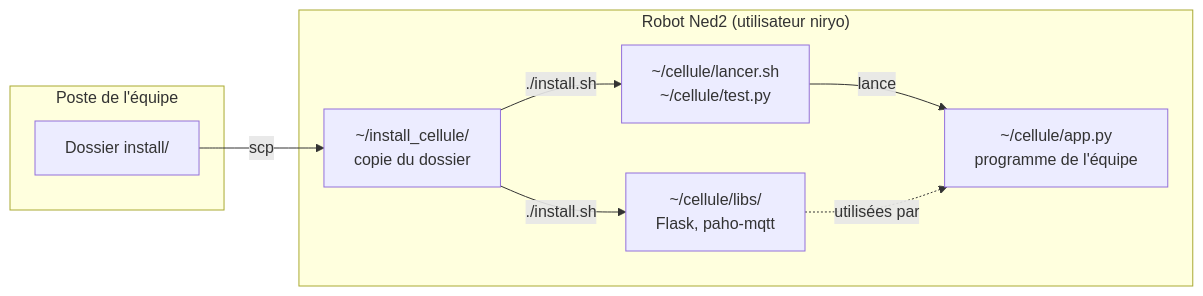
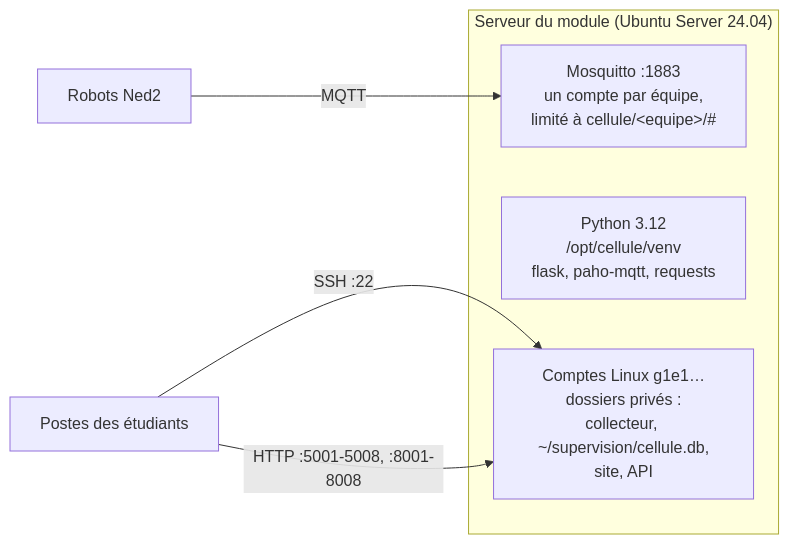
Before and after one commit to fabrice1618/niryo2: the diagram in install/README.md, drawn with Mermaid. The commit also changed other lines of this file and 34 other files, not shown here.

````diff
--- a/install/README.md
+++ b/install/README.md
@@ -21,17 +16,11 @@
 ```mermaid
 flowchart LR
-    subgraph POSTE["Poste de l'équipe"]
-        D["Dossier install/"]
+    subgraph SRV["Serveur du module (Ubuntu Server 24.04)"]
+        MQ["Mosquitto :1883<br/>un compte par équipe,<br/>limité à cellule/&lt;equipe&gt;/#"]
+        PY["Python 3.12<br/>/opt/cellule/venv<br/>flask, paho-mqtt, requests"]
+        HOME["Comptes Linux g1e1…<br/>dossiers privés :<br/>collecteur, ~/supervision/cellule.db,<br/>site, API"]
     end
-    subgraph ROBOT["Robot Ned2 (utilisateur niryo)"]
-        C["~/install_cellule/<br/>copie du dossier"]
-        L["~/cellule/libs/<br/>Flask, paho-mqtt"]
-        S["~/cellule/lancer.sh<br/>~/cellule/test.py"]
-        P["~/cellule/app.py<br/>programme de l'équipe"]
-    end
-    D -- "scp" --> C
-    C -- "./install.sh" --> L
-    C -- "./install.sh" --> S
-    S -- "lance" --> P
-    L -. "utilisées par" .-> P
+    ROB["Robots Ned2"] -- "MQTT" --> MQ
+    PC["Postes des étudiants"] -- "SSH :22" --> HOME
+    PC -- "HTTP :5001-5008, :8001-8008" --> HOME
 ```
````
